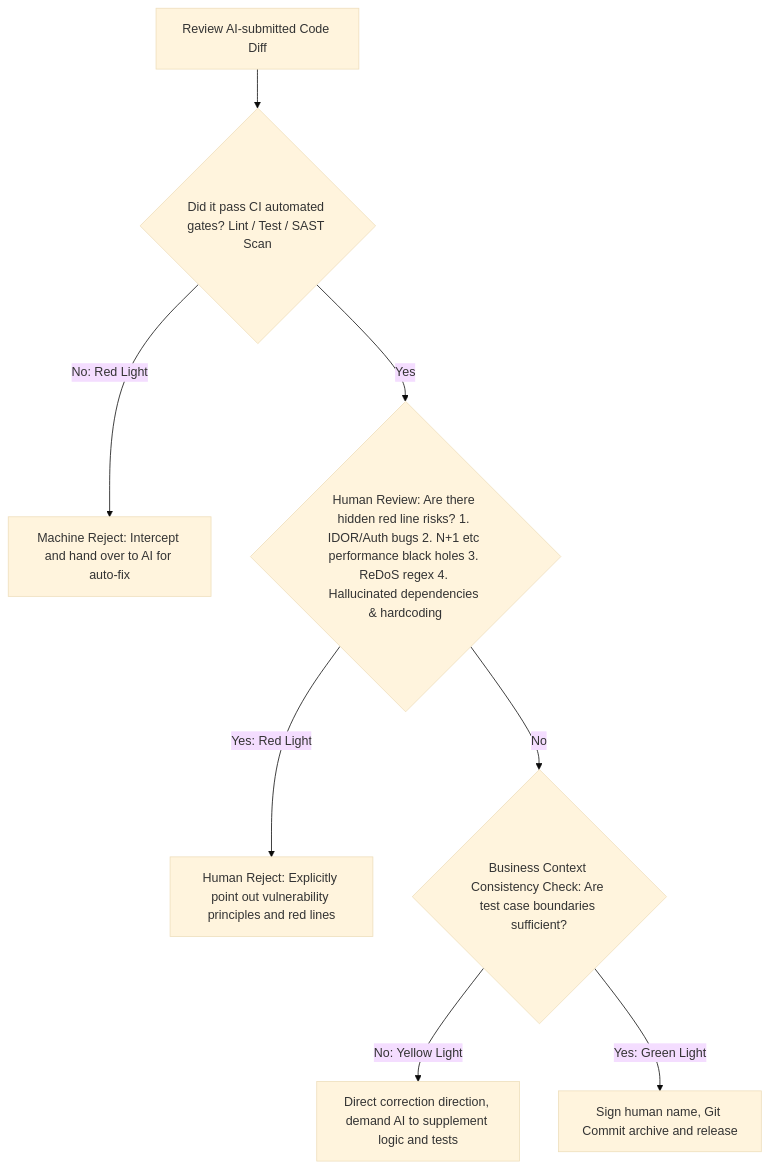
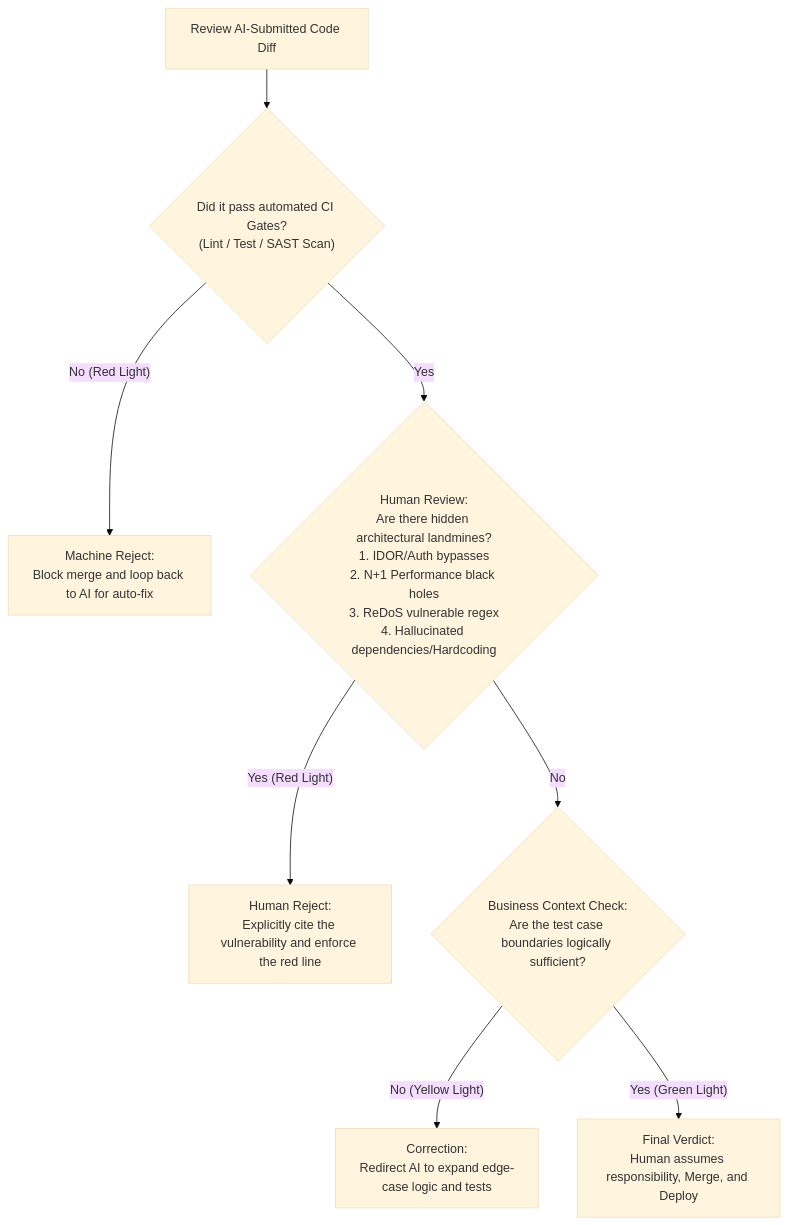
One commit to ruanqizhen/cocode changed the diagram in i18n/en/docusaurus-plugin-content-docs/current/critical_thinking.md. Above: the diagram before and after it, drawn with Mermaid (base theme). The commit also changed other lines of this file and 41 other files, not shown here.

````diff
--- a/i18n/en/docusaurus-plugin-content-docs/current/critical_thinking.md
+++ b/i18n/en/docusaurus-plugin-content-docs/current/critical_thinking.md
@@ -231,12 +241,12 @@
 ```mermaid
 graph TD
-    Diff["Review AI-submitted Code Diff"] --> Compiles{"Did it pass CI automated gates? Lint / Test / SAST Scan"}
-    Compiles -- No: Red Light --> Reject["Machine Reject: Intercept and hand over to AI for auto-fix"]
-    Compiles -- Yes --> RedLines{"Human Review: Are there hidden red line risks? 1. IDOR/Auth bugs 2. N+1 etc performance black holes 3. ReDoS regex 4. Hallucinated dependencies & hardcoding"}
+    Diff["Review AI-Submitted Code Diff"] --> Compiles{"Did it pass automated CI Gates?<br>(Lint / Test / SAST Scan)"}
+    Compiles -- No (Red Light) --> Reject["Machine Reject:<br>Block merge and loop back to AI for auto-fix"]
+    Compiles -- Yes --> RedLines{"Human Review:<br>Are there hidden architectural landmines?<br>1. IDOR/Auth bypasses<br>2. N+1 Performance black holes<br>3. ReDoS vulnerable regex<br>4. Hallucinated dependencies/Hardcoding"}
     
-    RedLines -- Yes: Red Light --> RejectHuman["Human Reject: Explicitly point out vulnerability principles and red lines"]
-    RedLines -- No --> Business{"Business Context Consistency Check: Are test case boundaries sufficient?"}
+    RedLines -- Yes (Red Light) --> RejectHuman["Human Reject:<br>Explicitly cite the vulnerability and enforce the red line"]
+    RedLines -- No --> Business{"Business Context Check:<br>Are the test case boundaries logically sufficient?"}
     
-    Business -- No: Yellow Light --> Rewrite["Direct correction direction, demand AI to supplement logic and tests"]
-    Business -- Yes: Green Light --> Accept["Sign human name, Git Commit archive and release"]
+    Business -- No (Yellow Light) --> Rewrite["Correction:<br>Redirect AI to expand edge-case logic and tests"]
+    Business -- Yes (Green Light) --> Accept["Final Verdict:<br>Human assumes responsibility, Merge, and Deploy"]
 ```
````
